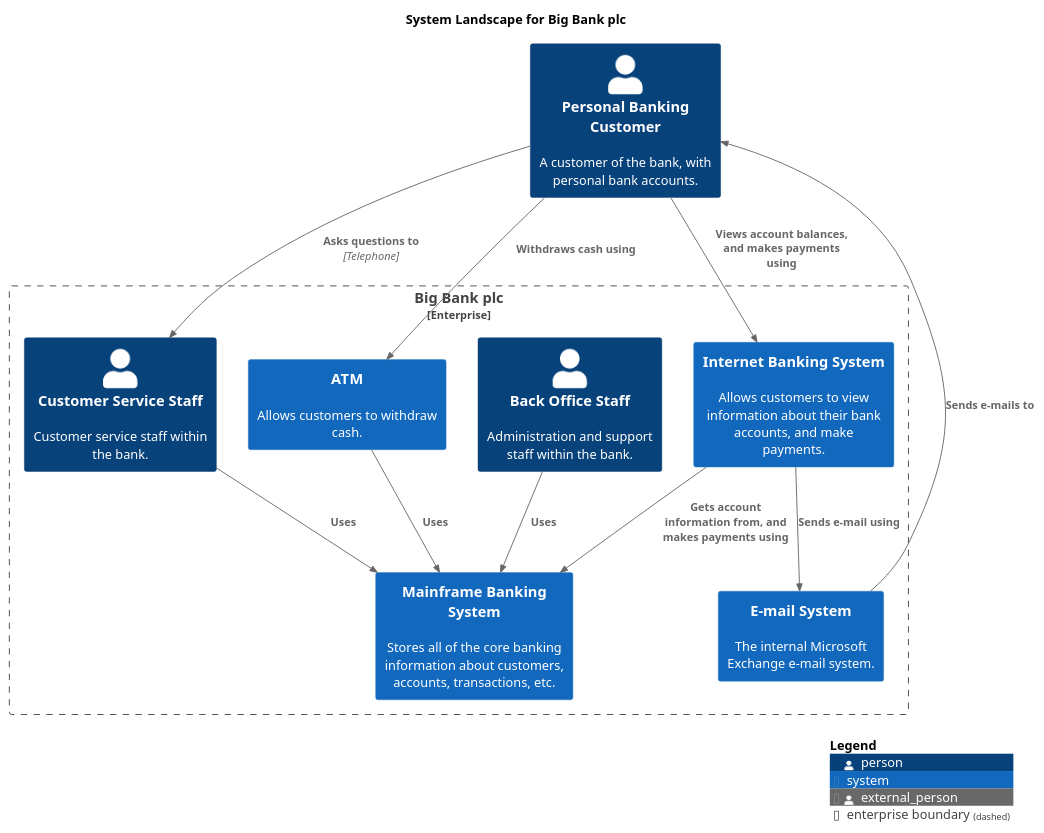
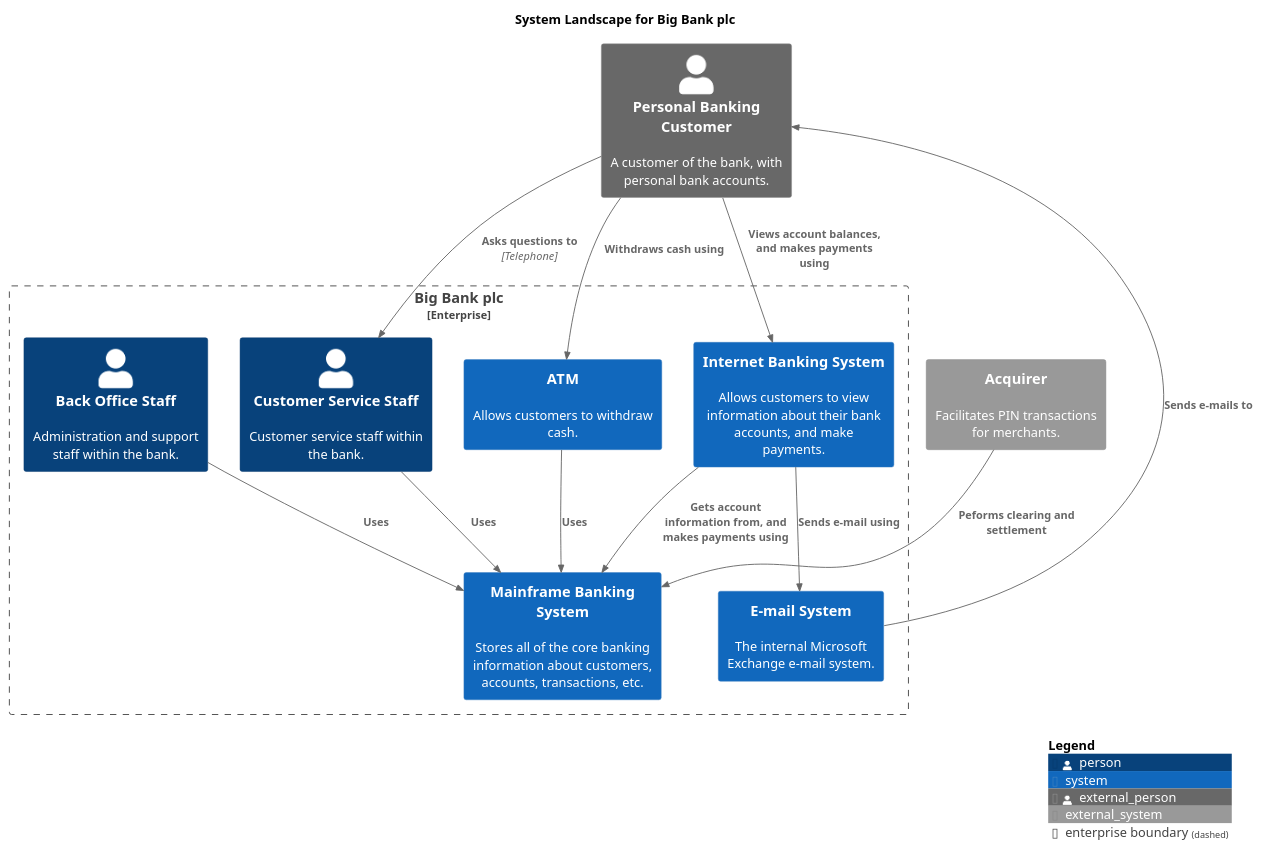
One commit to avisi-cloud/structurizr-site-generatr changed the diagram in main/puml/SystemLandscape.puml. Above: the diagram before and after it, drawn with PlantUML. The commit also changed 50 other files, not shown here.

```diff
--- a/main/puml/SystemLandscape.puml
+++ b/main/puml/SystemLandscape.puml
@@ -1,31 +1,33 @@
 @startuml
 title System Landscape for Big Bank plc
 
 top to bottom direction
 
 !include https://raw.githubusercontent.com/plantuml-stdlib/C4-PlantUML/master/C4.puml
 !include https://raw.githubusercontent.com/plantuml-stdlib/C4-PlantUML/master/C4_Context.puml
 
 Enterprise_Boundary(enterprise, "Big Bank plc") {
-  Person(CustomerServiceStaff, "Customer Service Staff", "Customer service staff within the bank.", $tags="Element+Person+Bank Staff")
-  Person(BackOfficeStaff, "Back Office Staff", "Administration and support staff within the bank.", $tags="Element+Person+Bank Staff")
-  System(MainframeBankingSystem, "Mainframe Banking System", "Stores all of the core banking information about customers, accounts, transactions, etc.", $tags="Element+Software System+Existing System")
-  System(EmailSystem, "E-mail System", "The internal Microsoft Exchange e-mail system.", $tags="Element+Software System+Existing System")
-  System(ATM, "ATM", "Allows customers to withdraw cash.", $tags="Element+Software System+Existing System")
-  System(InternetBankingSystem, "Internet Banking System", "Allows customers to view information about their bank accounts, and make payments.", $tags="Element+Software System")
+  Person(CustomerServiceStaff, "Customer Service Staff", "Customer service staff within the bank.", $tags="")
+  Person(BackOfficeStaff, "Back Office Staff", "Administration and support staff within the bank.", $tags="")
+  System(MainframeBankingSystem, "Mainframe Banking System", "Stores all of the core banking information about customers, accounts, transactions, etc.", $tags="")
+  System(EmailSystem, "E-mail System", "The internal Microsoft Exchange e-mail system.", $tags="")
+  System(ATM, "ATM", "Allows customers to withdraw cash.", $tags="")
+  System(InternetBankingSystem, "Internet Banking System", "Allows customers to view information about their bank accounts, and make payments.", $tags="")
 }
 
-Person_Ext(PersonalBankingCustomer, "Personal Banking Customer", "A customer of the bank, with personal bank accounts.", $tags="Element+Person+Customer")
+Person_Ext(PersonalBankingCustomer, "Personal Banking Customer", "A customer of the bank, with personal bank accounts.", $tags="")
+System_Ext(Acquirer, "Acquirer", "Facilitates PIN transactions for merchants.", $tags="")
 
-Rel_D(PersonalBankingCustomer, InternetBankingSystem, "Views account balances, and makes payments using", $tags="Relationship")
-Rel_D(InternetBankingSystem, MainframeBankingSystem, "Gets account information from, and makes payments using", $tags="Relationship")
-Rel_D(InternetBankingSystem, EmailSystem, "Sends e-mail using", $tags="Relationship")
-Rel_D(EmailSystem, PersonalBankingCustomer, "Sends e-mails to", $tags="Relationship")
-Rel_D(PersonalBankingCustomer, CustomerServiceStaff, "Asks questions to", "Telephone", $tags="Relationship")
-Rel_D(CustomerServiceStaff, MainframeBankingSystem, "Uses", $tags="Relationship")
-Rel_D(PersonalBankingCustomer, ATM, "Withdraws cash using", $tags="Relationship")
-Rel_D(ATM, MainframeBankingSystem, "Uses", $tags="Relationship")
-Rel_D(BackOfficeStaff, MainframeBankingSystem, "Uses", $tags="Relationship")
+Rel_D(PersonalBankingCustomer, InternetBankingSystem, "Views account balances, and makes payments using", $tags="")
+Rel_D(InternetBankingSystem, MainframeBankingSystem, "Gets account information from, and makes payments using", $tags="")
+Rel_D(InternetBankingSystem, EmailSystem, "Sends e-mail using", $tags="")
+Rel_D(EmailSystem, PersonalBankingCustomer, "Sends e-mails to", $tags="")
+Rel_D(PersonalBankingCustomer, CustomerServiceStaff, "Asks questions to", "Telephone", $tags="")
+Rel_D(CustomerServiceStaff, MainframeBankingSystem, "Uses", $tags="")
+Rel_D(PersonalBankingCustomer, ATM, "Withdraws cash using", $tags="")
+Rel_D(ATM, MainframeBankingSystem, "Uses", $tags="")
+Rel_D(BackOfficeStaff, MainframeBankingSystem, "Uses", $tags="")
+Rel_D(Acquirer, MainframeBankingSystem, "Peforms clearing and settlement", $tags="")
 
 SHOW_LEGEND()
 @enduml
```
